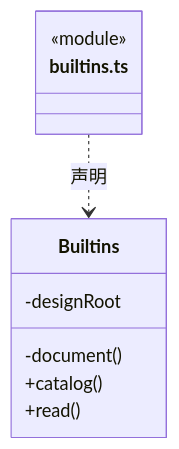
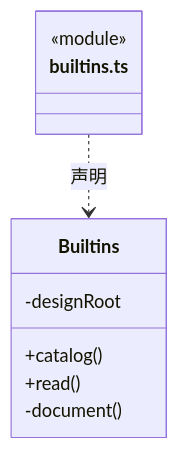
The first of 18 diagrams in src/backend/core/knowledge/ARCHITECTURE.md (nan023062/cbim), drawn with Mermaid before and after one commit. The commit also changed other lines of this file and 240 other files, not shown here.

````diff
--- a/src/backend/core/knowledge/ARCHITECTURE.md
+++ b/src/backend/core/knowledge/ARCHITECTURE.md
@@ -26,13 +27,13 @@
 ```mermaid
 classDiagram
 class N_src_backend_core_knowledge_builtins_ts["builtins.ts"] {
   <<module>>
 }
 class N_src_backend_core_knowledge_builtins_ts_Builtins["Builtins"] {
+  +catalog()
+  +read()
   -designRoot
   -document()
-  +catalog()
-  +read()
 }
 N_src_backend_core_knowledge_builtins_ts ..> N_src_backend_core_knowledge_builtins_ts_Builtins : 声明
 ```
````
